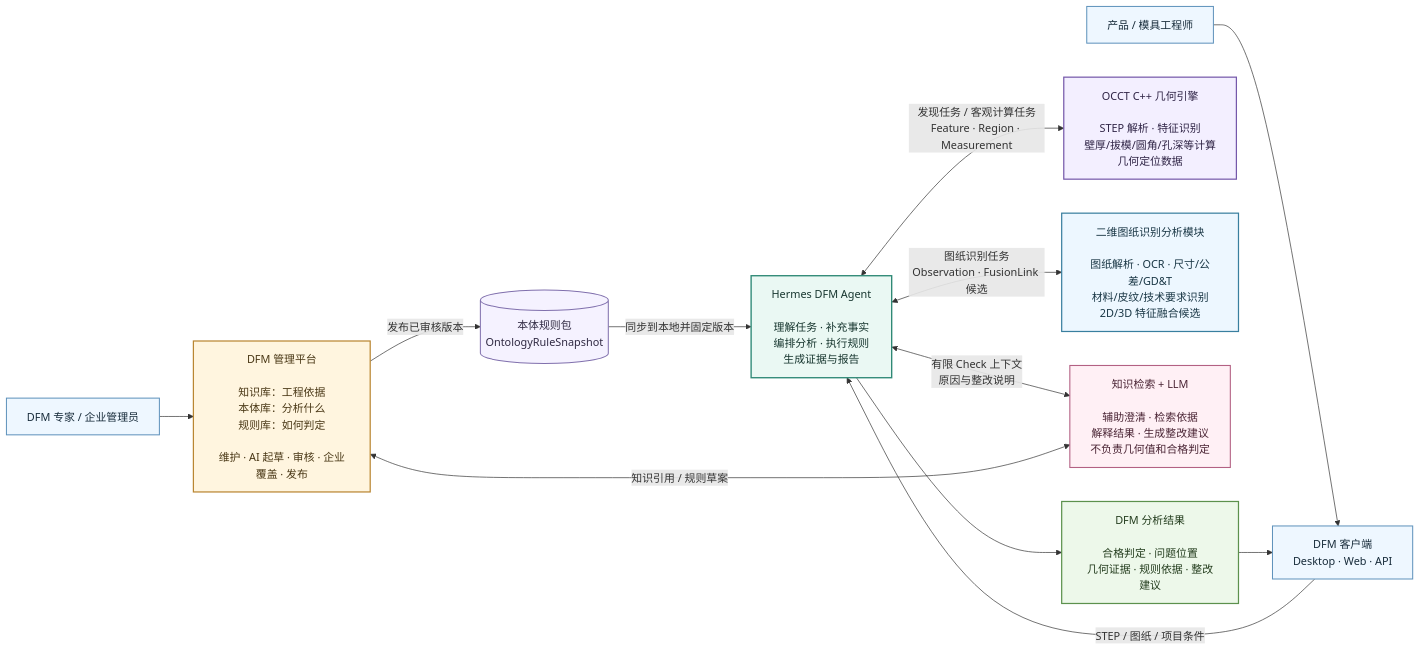
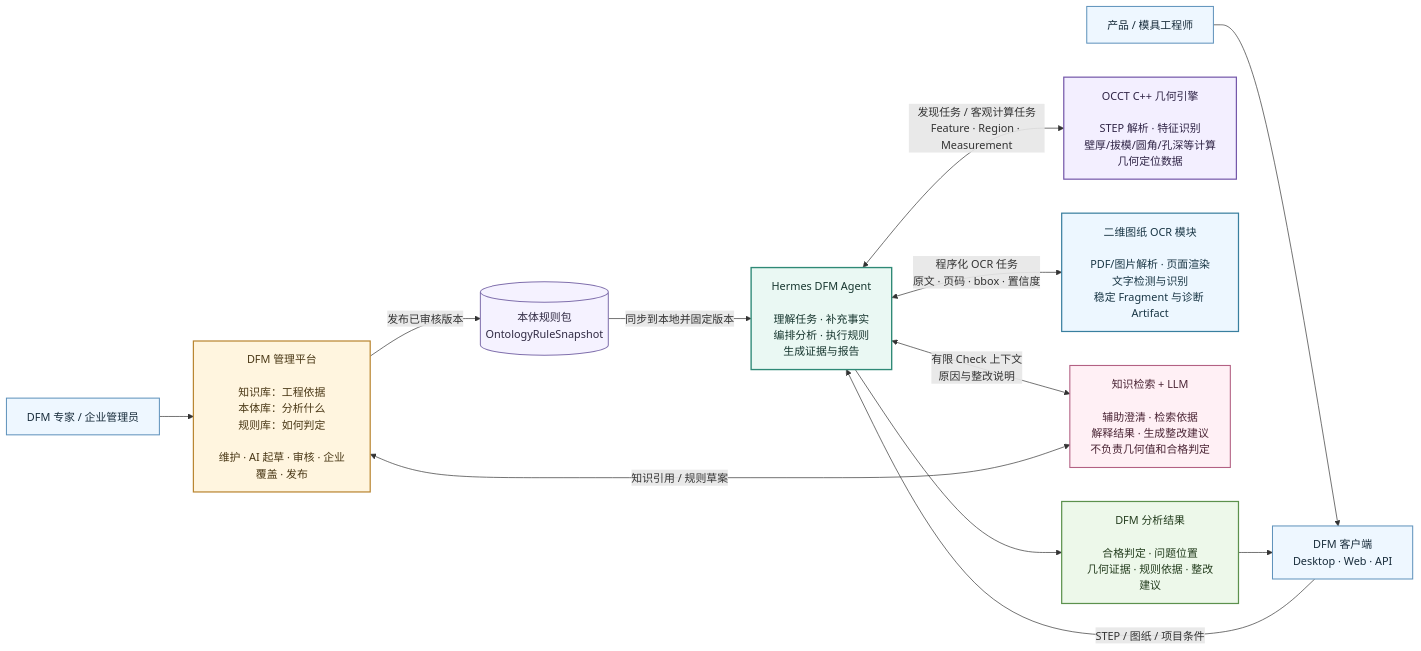
Before and after one commit to mongo-hu/hermes-agent: the first of 3 diagrams in docs/dfm-system-architecture-and-data-flow.md, drawn with Mermaid. The commit also changed other lines of this file and 36 other files, not shown here.

Commit message:
Observation/FusionLink 默认复用当前 Hermes 会话模型判断

````diff
--- a/docs/dfm-system-architecture-and-data-flow.md
+++ b/docs/dfm-system-architecture-and-data-flow.md
@@ -33,38 +33,38 @@
 ```mermaid
 flowchart LR
     ADMIN["DFM 专家 / 企业管理员"] --> MGMT["DFM 管理平台<br/><br/>知识库：工程依据<br/>本体库：分析什么<br/>规则库：如何判定<br/><br/>维护 · AI 起草 · 审核 · 企业覆盖 · 发布"]
 
     MGMT -->|发布已审核版本| PKG[("本体规则包<br/>OntologyRuleSnapshot")]
 
     USER["产品 / 模具工程师"] --> CLIENT["DFM 客户端<br/>Desktop · Web · API"]
     CLIENT -->|STEP / 图纸 / 项目条件| AGENT["Hermes DFM Agent<br/><br/>理解任务 · 补充事实<br/>编排分析 · 执行规则<br/>生成证据与报告"]
     PKG -->|同步到本地并固定版本| AGENT
 
     AGENT <-->|发现任务 / 客观计算任务<br/>Feature · Region · Measurement| OCCT["OCCT C++ 几何引擎<br/><br/>STEP 解析 · 特征识别<br/>壁厚/拔模/圆角/孔深等计算<br/>几何定位数据"]
 
-    AGENT <-->|图纸识别任务<br/>Observation · FusionLink 候选| DRAWING["二维图纸识别分析模块<br/><br/>图纸解析 · OCR · 尺寸/公差/GD&T<br/>材料/皮纹/技术要求识别<br/>2D/3D 特征融合候选"]
+    AGENT <-->|程序化 OCR 任务<br/>原文 · 页码 · bbox · 置信度| DRAWING["二维图纸 OCR 模块<br/><br/>PDF/图片解析 · 页面渲染<br/>文字检测与识别<br/>稳定 Fragment 与诊断 Artifact"]
 
     AGENT <-->|有限 Check 上下文<br/>原因与整改说明| AI["知识检索 + LLM<br/><br/>辅助澄清 · 检索依据<br/>解释结果 · 生成整改建议<br/>不负责几何值和合格判定"]
     MGMT <-->|知识引用 / 规则草案| AI
 
     AGENT --> RESULT["DFM 分析结果<br/><br/>合格判定 · 问题位置<br/>几何证据 · 规则依据 · 整改建议"]
     RESULT --> CLIENT
 
     classDef role fill:#eef7ff,stroke:#6093bc,color:#172b3a,stroke-width:1.5px;
     classDef management fill:#fff5df,stroke:#b98632,color:#493715,stroke-width:1.8px;
     classDef runtime fill:#eaf8f3,stroke:#2f8976,color:#17362f,stroke-width:2px;
     classDef geometry fill:#f3efff,stroke:#7558aa,color:#2f2446,stroke-width:1.8px;
     classDef drawing fill:#edf7ff,stroke:#397f9f,color:#193645,stroke-width:1.8px;
     classDef assist fill:#fff0f5,stroke:#b36183,color:#4a2434,stroke-width:1.6px;
     classDef data fill:#f5f2ff,stroke:#8070ad,color:#302a43,stroke-width:1.5px;
     classDef result fill:#edf8ea,stroke:#5c914d,color:#233c1d,stroke-width:1.8px;
 
     class ADMIN,USER,CLIENT role;
     class MGMT management;
     class AGENT runtime;
     class OCCT geometry;
     class DRAWING drawing;
     class AI assist;
     class PKG data;
     class RESULT result;
 ```
````
